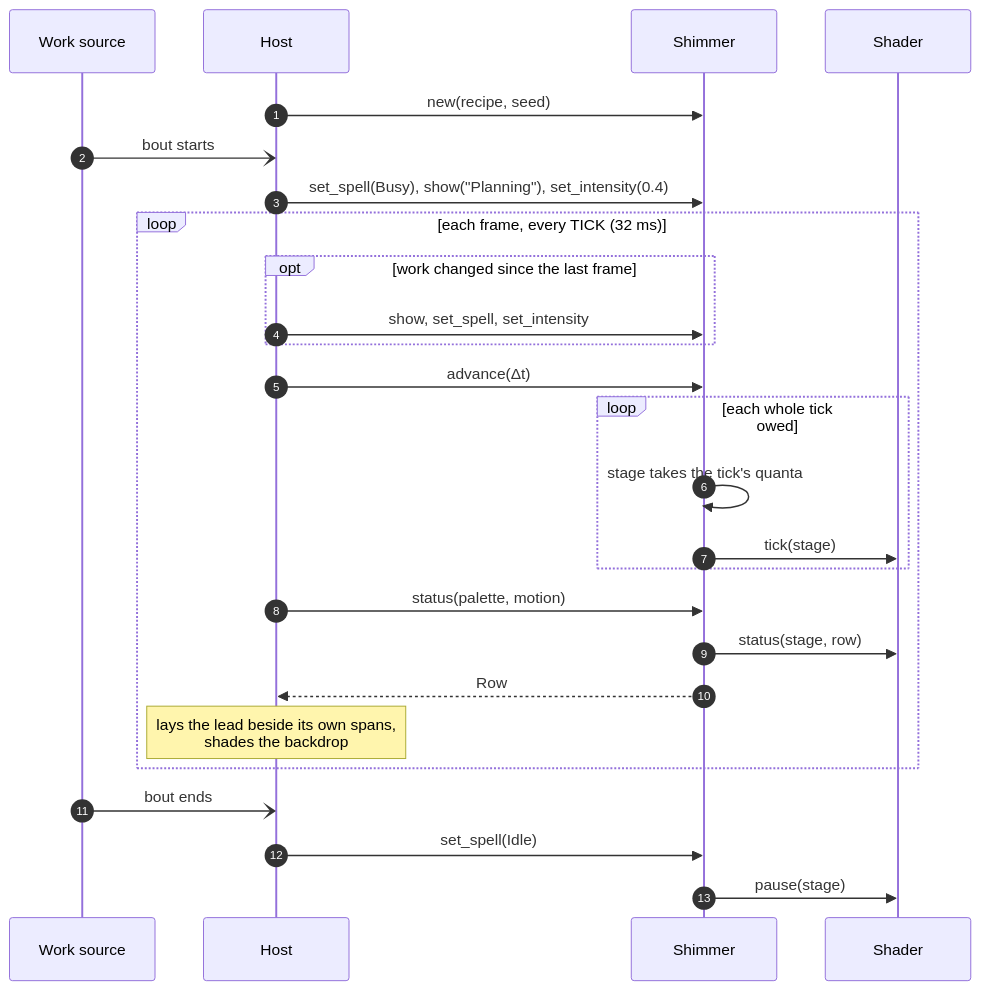
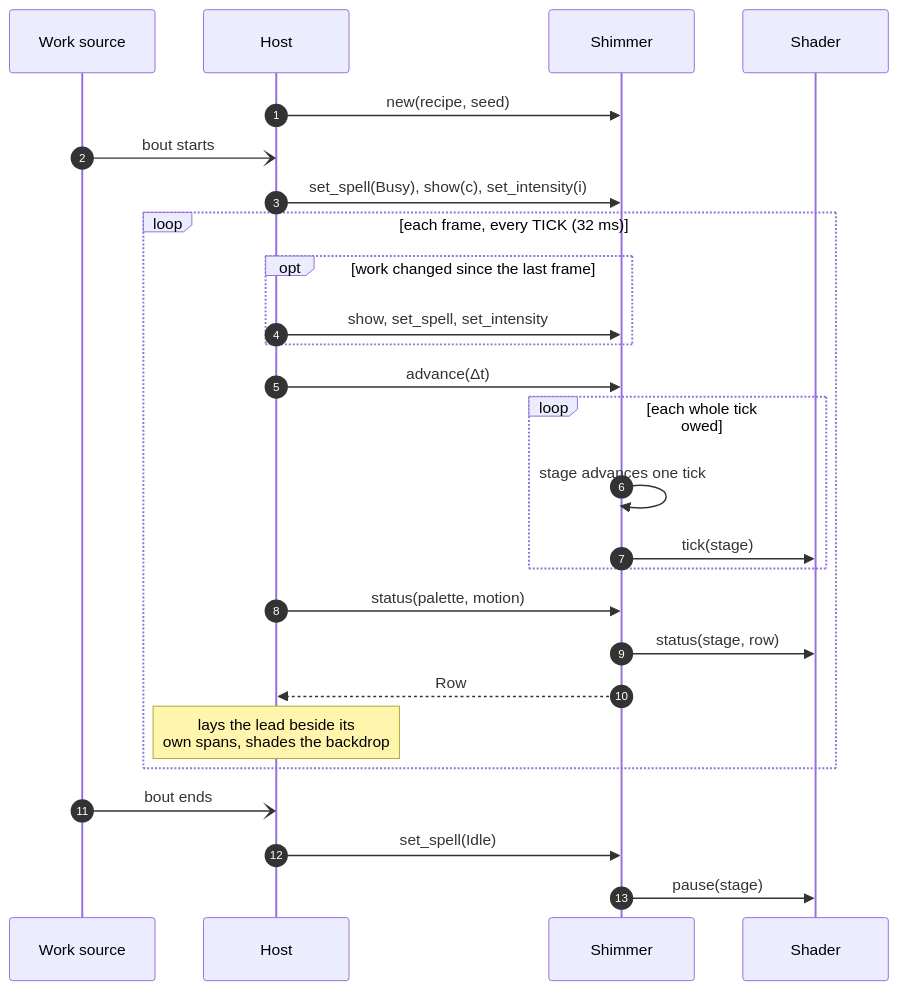
Before and after one commit to aoaoaoaoaoaoaoaoaoaoaoaoaoaoaoaoaoaoaoa/libshimmer: the fifth of 5 diagrams in design/DESIGN.md, drawn with Mermaid. The commit also changed other lines of this file and 3 other files, not shown here.

````diff
--- a/design/DESIGN.md
+++ b/design/DESIGN.md
@@ -258,28 +261,28 @@
 ```mermaid
 sequenceDiagram
   autonumber
   participant W as Work source
   participant H as Host
   participant S as Shimmer
   participant D as Shader
   H->>S: new(recipe, seed)
   W-)H: bout starts
-  H->>S: set_spell(Busy), show("Planning"), set_intensity(0.4)
+  H->>S: set_spell(Busy), show(c), set_intensity(i)
   loop each frame, every TICK (32 ms)
     opt work changed since the last frame
       H->>S: show, set_spell, set_intensity
     end
     H->>S: advance(Δt)
     loop each whole tick owed
-      S->>S: stage takes the tick's quanta
+      S->>S: stage advances one tick
       S->>D: tick(stage)
     end
     H->>S: status(palette, motion)
     S->>D: status(stage, row)
     S-->>H: Row
-    Note over H: lays the lead beside its own spans,<br/>shades the backdrop
+    Note over H: lays the lead beside its<br/>own spans, shades the backdrop
   end
   W-)H: bout ends
   H->>S: set_spell(Idle)
   S->>D: pause(stage)
 ```
````
